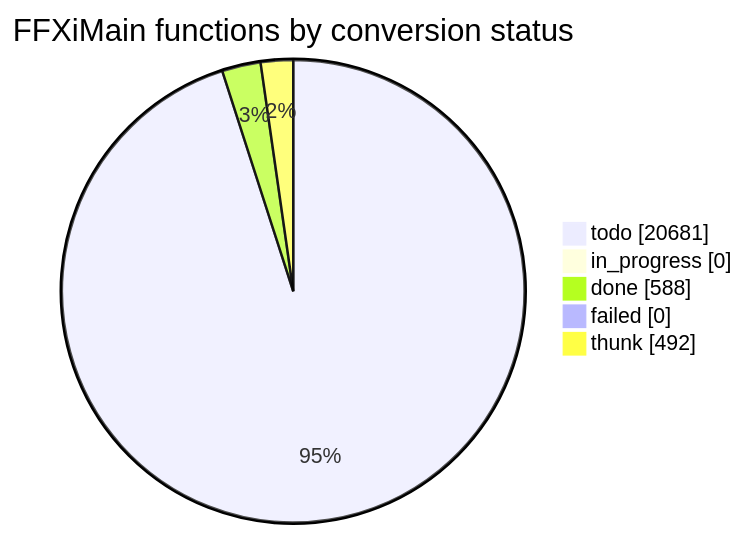
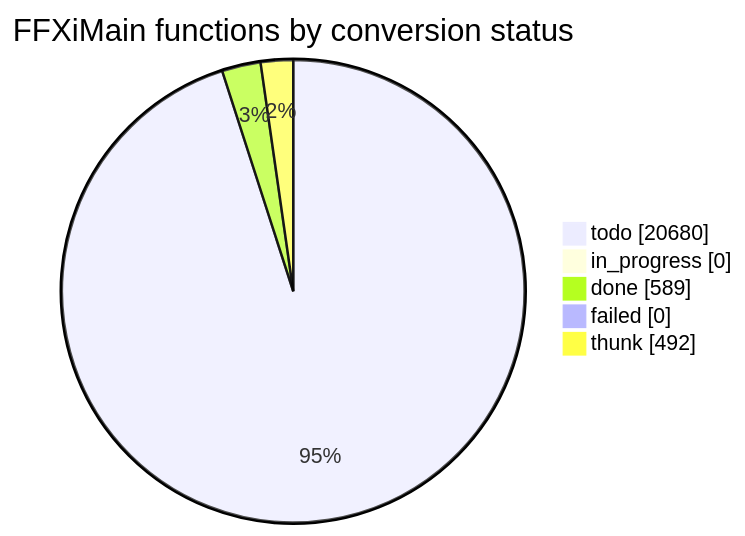
One commit to cowrevenge/cow_kuluu_xi_anything changed the diagram in docs/cow/STATUS.md. Above: the diagram before and after it, drawn with Mermaid. The commit also changed other lines of this file and 9 other files, not shown here.

````diff
--- a/docs/cow/STATUS.md
+++ b/docs/cow/STATUS.md
@@ -18,9 +18,9 @@
 ```mermaid
 pie showData
     title FFXiMain functions by conversion status
-    "todo" : 20681
+    "todo" : 20680
     "in_progress" : 0
-    "done" : 588
+    "done" : 589
     "failed" : 0
     "thunk" : 492
 ```
````
